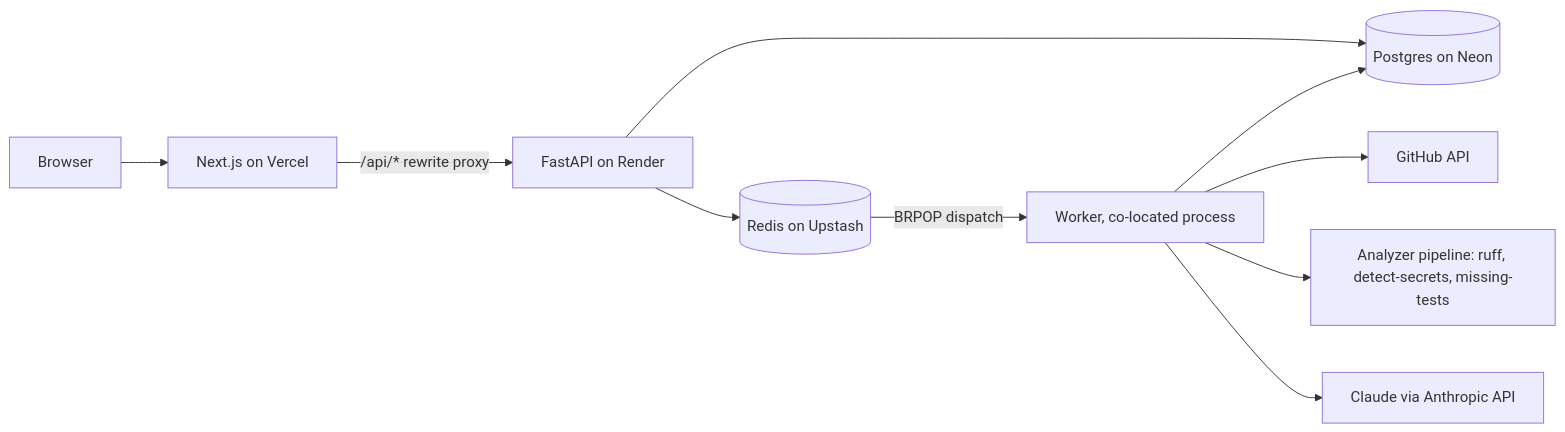
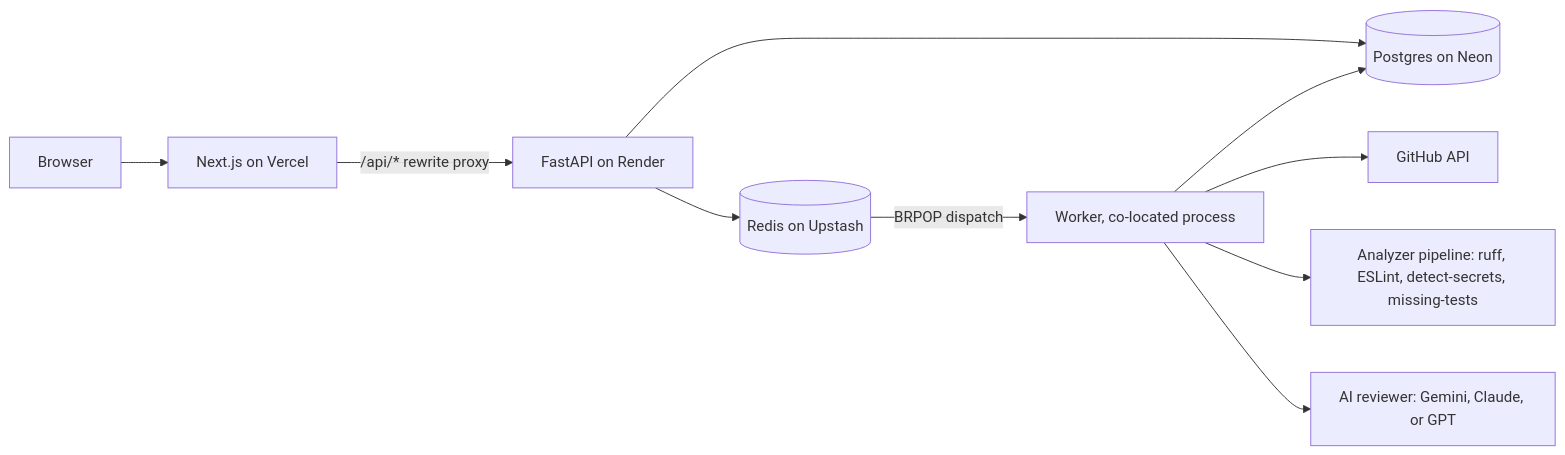
Before and after one commit to AnirudIye/difflens: the diagram in README.md, drawn with Mermaid. The commit also changed other lines of this file and 3 other files, not shown here.

````diff
--- a/README.md
+++ b/README.md
@@ -20,12 +20,12 @@
 ```mermaid
 flowchart LR
     B[Browser] --> V["Next.js on Vercel"]
     V -->|"/api/* rewrite proxy"| A["FastAPI on Render"]
     A --> P[("Postgres on Neon")]
     A --> R[("Redis on Upstash")]
     R -->|BRPOP dispatch| W["Worker, co-located process"]
     W --> P
     W --> G["GitHub API"]
-    W --> AN["Analyzer pipeline: ruff, detect-secrets, missing-tests"]
-    W --> C["Claude via Anthropic API"]
+    W --> AN["Analyzer pipeline: ruff, ESLint, detect-secrets, missing-tests"]
+    W --> C["AI reviewer: Gemini, Claude, or GPT"]
 ```
````
